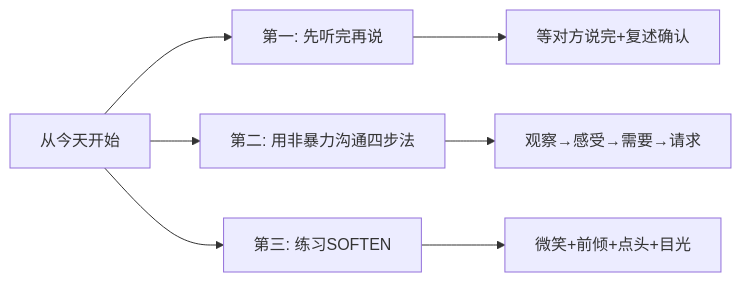
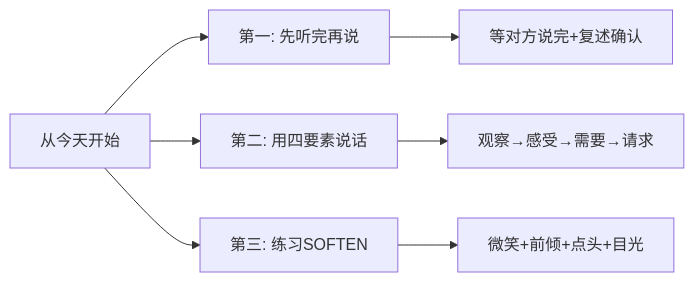
Before and after one commit to chongyang211/YCBookBlog: diagram 14 of 14 in packages/website/13.书籍/06.自我精进·立言/02.沟通实战/02.沟通能力的演进.md, drawn with Mermaid. The commit also changed other lines of this file, not shown here.

````diff
--- a/packages/website/13.书籍/06.自我精进·立言/02.沟通实战/02.沟通能力的演进.md
+++ b/packages/website/13.书籍/06.自我精进·立言/02.沟通实战/02.沟通能力的演进.md
@@ -407,9 +393,9 @@
 ```mermaid
 graph LR
     A[从今天开始] --> B[第一: 先听完再说]
-    A --> C[第二: 用非暴力沟通四步法]
+    A --> C[第二: 用四要素说话]
     A --> D[第三: 练习SOFTEN]
     B --> B1[等对方说完+复述确认]
     C --> C1[观察→感受→需要→请求]
     D --> D1[微笑+前倾+点头+目光]
 ```
````
